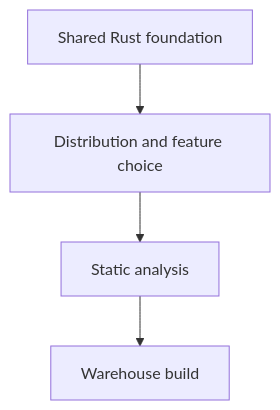
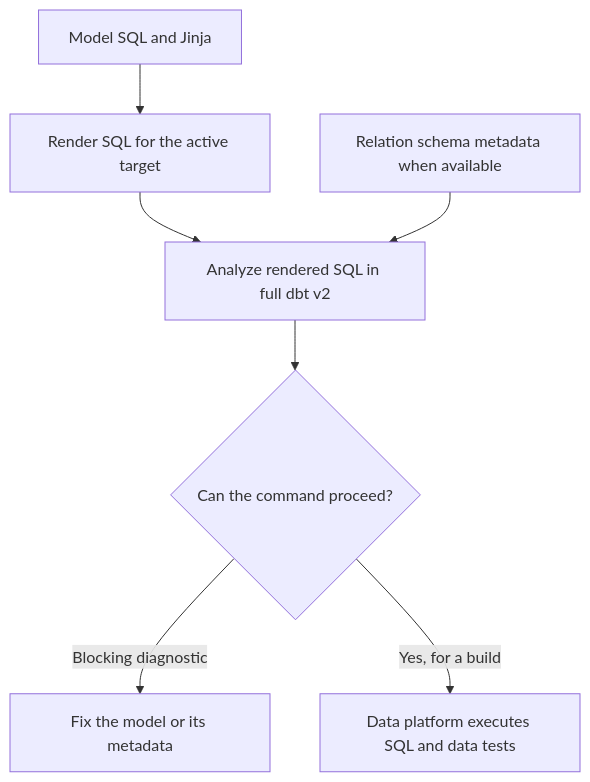
The diagram in docs/lessons/0003-fusion-dbt-v2-and-dbt-oss.md (Rohit1024/dbt-learn), drawn with Mermaid before and after one commit. The commit also changed other lines of this file and 4 other files, not shown here.

````diff
--- a/docs/lessons/0003-fusion-dbt-v2-and-dbt-oss.md
+++ b/docs/lessons/0003-fusion-dbt-v2-and-dbt-oss.md
@@ -7,8 +17,9 @@
 ```mermaid
 flowchart TD
-    A["Shared Rust foundation"]
-    B["Distribution and feature choice"]
-    C["Static analysis"]
-    D["Warehouse build"]
-    A --> B --> C --> D
+    A["Model SQL and Jinja"] --> B["Render SQL for the active target"]
+    B --> C["Analyze rendered SQL in full dbt v2"]
+    M["Relation schema metadata when available"] --> C
+    C --> D{"Can the command proceed?"}
+    D -->|"Blocking diagnostic"| X["Fix the model or its metadata"]
+    D -->|"Yes, for a build"| E["Data platform executes SQL and data tests"]
 ```
````
